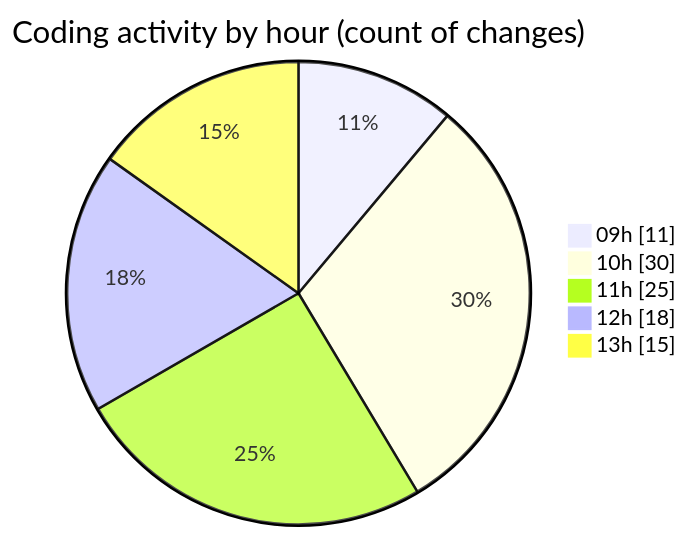
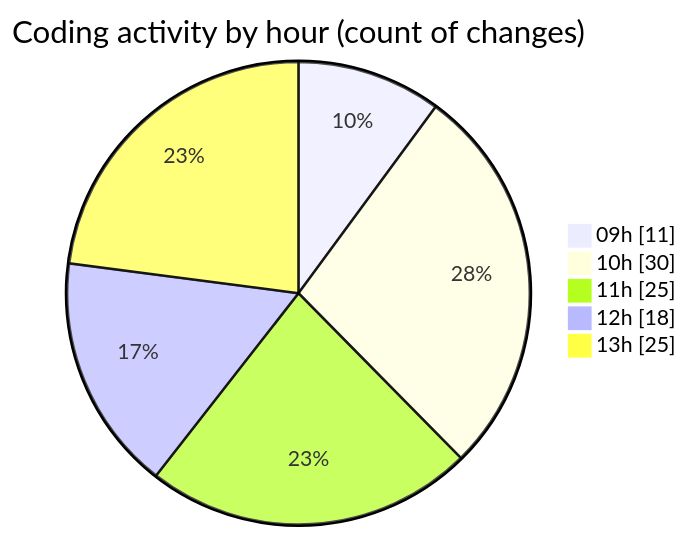
One commit to momahboobian/code-tracking changed the second of 2 diagrams in 2025-06-24/cda/README.md. Above: the diagram before and after it, drawn with Mermaid. The commit also changed other lines of this file and 1 other file, not shown here.

````diff
--- a/2025-06-24/cda/README.md
+++ b/2025-06-24/cda/README.md
@@ -32,9 +32,9 @@
 ```mermaid
 pie showData
 title Coding activity by hour (count of changes)
 "09h" : 11
 "10h" : 30
 "11h" : 25
 "12h" : 18
-"13h" : 15
+"13h" : 25
 ```
````
